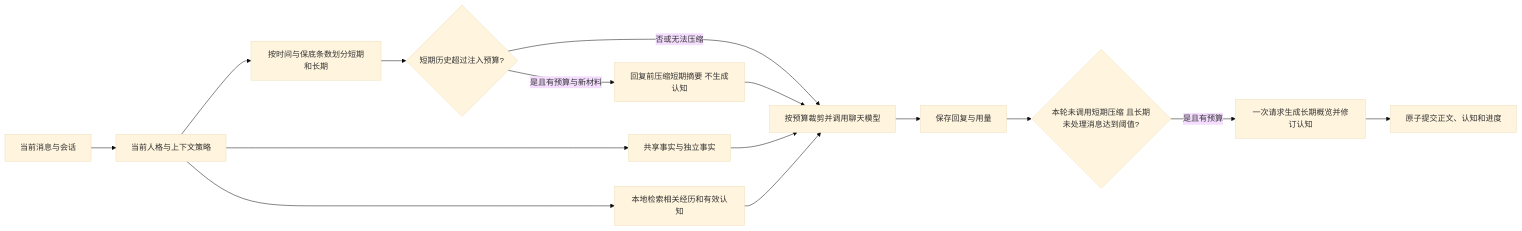
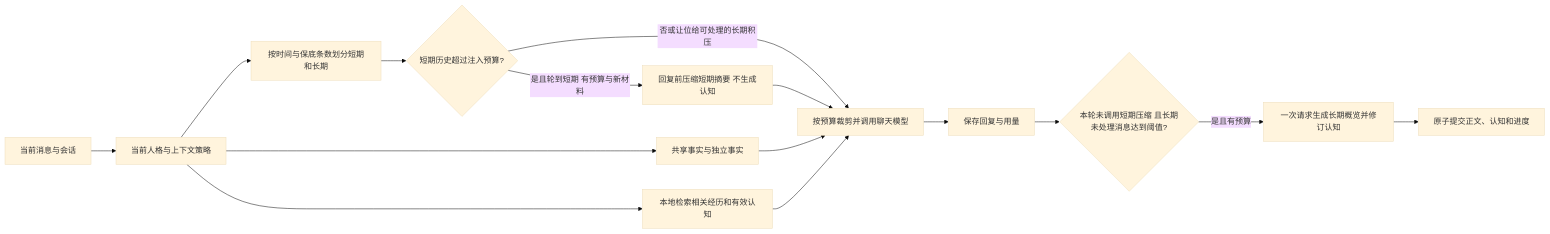
Before and after one commit to FelixTaXk/whalelife: the diagram in architecture/MEMORY.md, drawn with Mermaid (base theme). The commit also changed other lines of this file and 13 other files, not shown here.

````diff
--- a/architecture/MEMORY.md
+++ b/architecture/MEMORY.md
@@ -92,17 +96,17 @@
 ```mermaid
 flowchart LR
   A[当前消息与会话] --> B[当前人格与上下文策略]
   B --> C[共享事实与独立事实]
   B --> D[按时间与保底条数划分短期和长期]
   B --> E[本地检索相关经历和有效认知]
   D --> K{短期历史超过注入预算?}
-  K -->|是且有预算与新材料| L[回复前压缩短期摘要 不生成认知]
-  K -->|否或无法压缩| F[按预算裁剪并调用聊天模型]
+  K -->|是且轮到短期 有预算与新材料| L[回复前压缩短期摘要 不生成认知]
+  K -->|否或让位给可处理的长期积压| F[按预算裁剪并调用聊天模型]
   L --> F
   C --> F
   E --> F
   F --> G[保存回复与用量]
   G --> H{本轮未调用短期压缩 且长期未处理消息达到阈值?}
   H -->|是且有预算| I[一次请求生成长期概览并修订认知]
   I --> J[原子提交正文、认知和进度]
 ```
````
